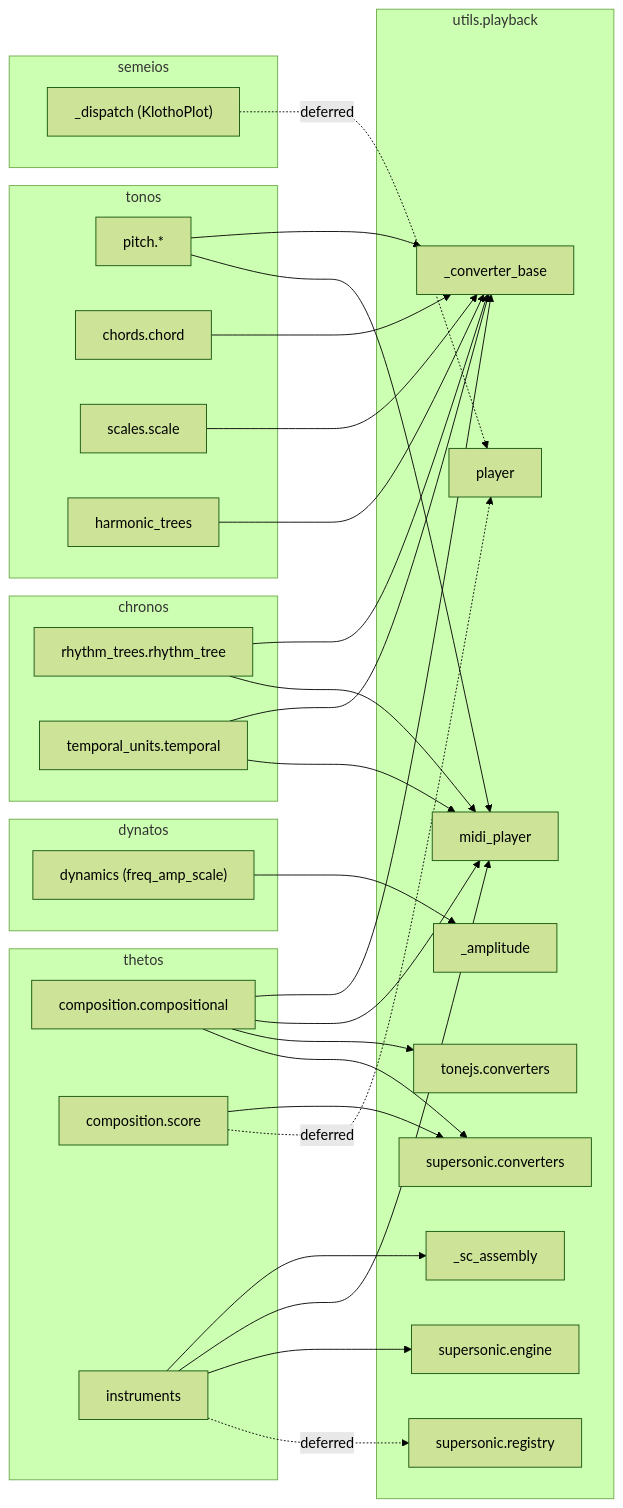
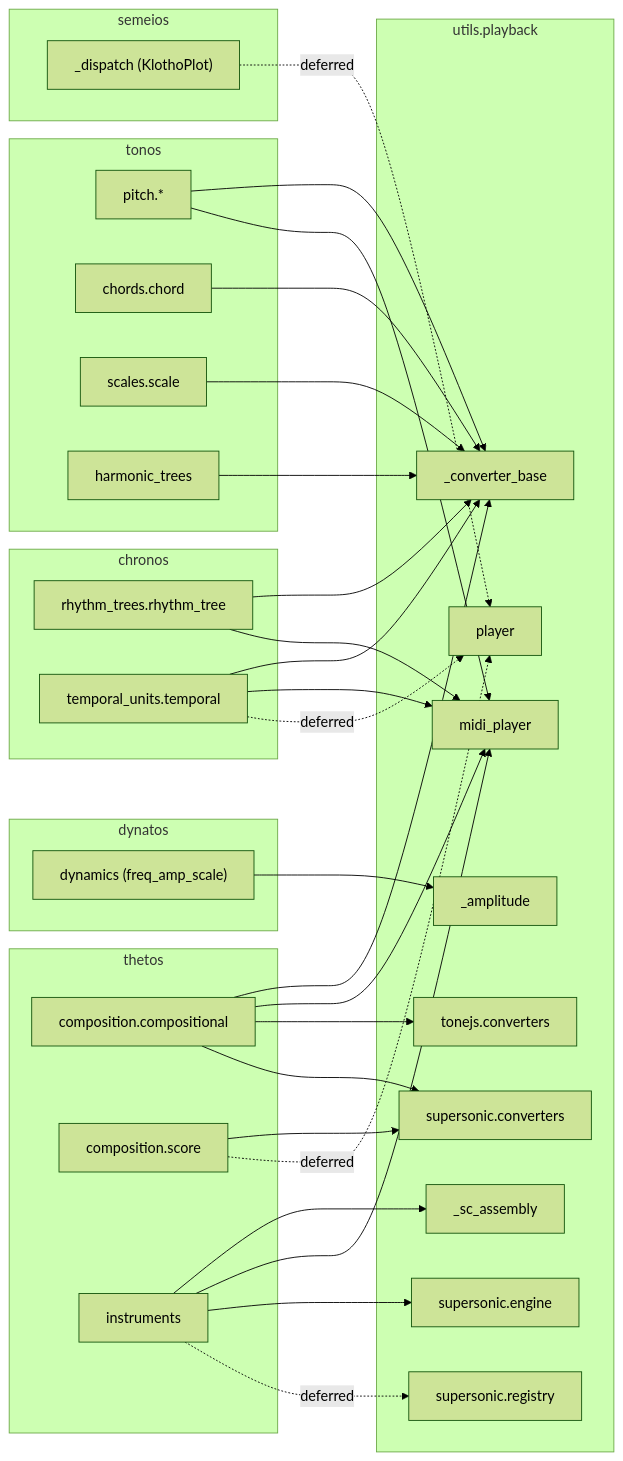
One commit to kr4g/Klotho changed the seventh of 7 diagrams in docs/architecture/13_IMPORT_GRAPH.md. Above: the diagram before and after it, drawn with Mermaid (forest theme). The commit also changed other lines of this file and 14 other files, not shown here.

First line of the commit message:
Refresh architecture docs and Sphinx index for 10.x API (10.11.1)

````diff
--- a/docs/architecture/13_IMPORT_GRAPH.md
+++ b/docs/architecture/13_IMPORT_GRAPH.md
@@ -388,66 +422,67 @@
 ```mermaid
 flowchart LR
     subgraph utils_playback ["utils.playback"]
         player["player"]
         conv_base["_converter_base"]
         sc_asm["_sc_assembly"]
         amp["_amplitude"]
         midi["midi_player"]
         tone_conv["tonejs.converters"]
         sc_conv["supersonic.converters"]
         sc_eng["supersonic.engine"]
         registry["supersonic.registry"]
     end
 
     subgraph tonos
         pitch["pitch.*"]
         chords["chords.chord"]
         scales["scales.scale"]
         ht["harmonic_trees"]
     end
 
     subgraph chronos
         rt["rhythm_trees.rhythm_tree"]
         ut["temporal_units.temporal"]
     end
 
     subgraph thetos
         comp["composition.compositional"]
         score["composition.score"]
         inst["instruments"]
     end
 
     subgraph dynatos
         dyn["dynamics (freq_amp_scale)"]
     end
 
     subgraph semeios
         kp["_dispatch (KlothoPlot)"]
     end
 
     pitch --> conv_base
     chords --> conv_base
     scales --> conv_base
     ht --> conv_base
     rt --> conv_base
     ut --> conv_base
     comp --> conv_base
 
     inst --> sc_asm
     dyn --> amp
 
     rt --> midi
     ut --> midi
     comp --> midi
     inst --> midi
     pitch --> midi
 
     comp --> tone_conv
     comp --> sc_conv
     score --> sc_conv
     inst --> sc_eng
     inst -.->|"deferred"| registry
 
     score -.->|"deferred"| player
+    ut -.->|"deferred"| player
     kp -.->|"deferred"| player
 ```
````
